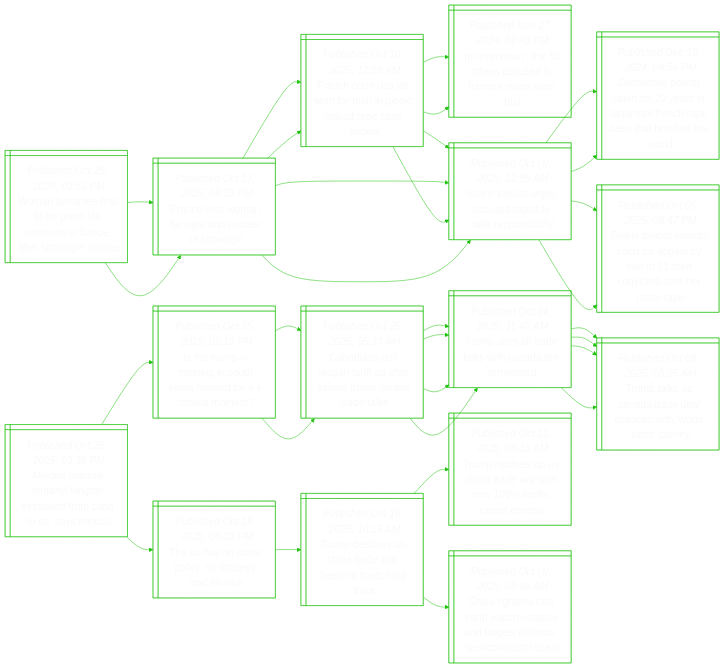
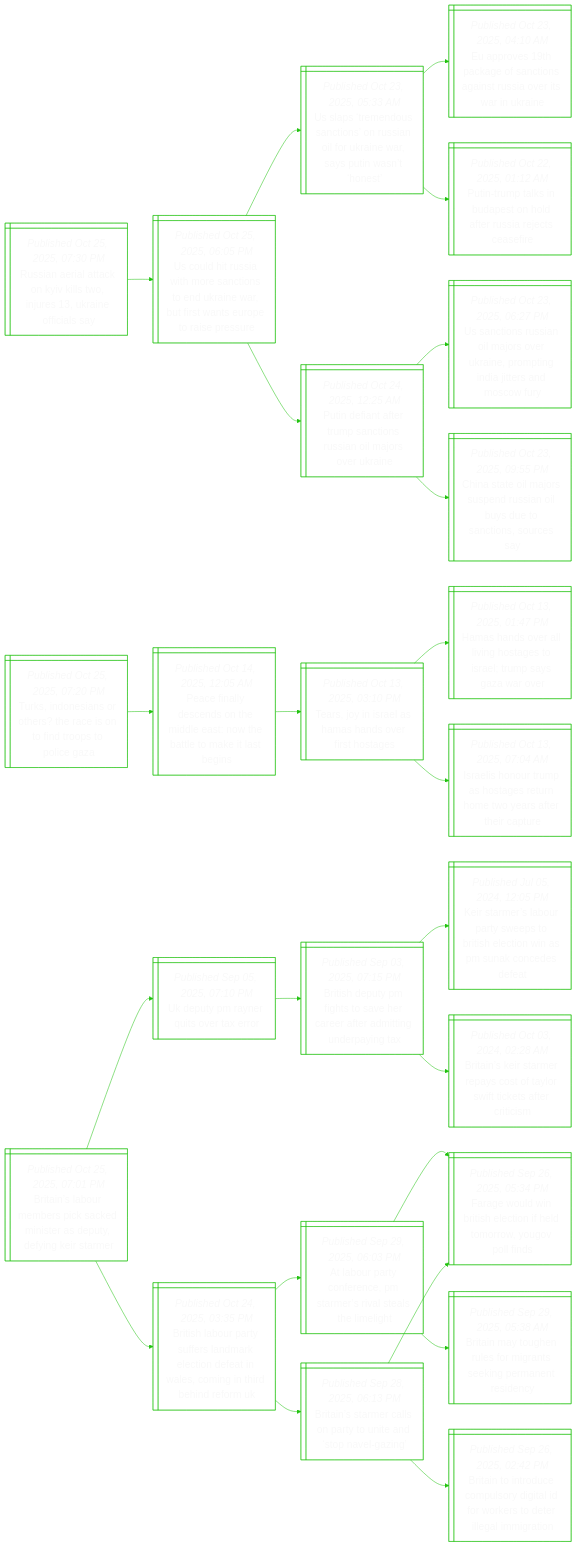
Before and after one commit to notJmes/notJmes: the diagram in README.md, drawn with Mermaid. The commit also changed other lines of this file, not shown here.

````diff
--- a/README.md
+++ b/README.md
@@ -16,103 +16,82 @@
 flowchart LR
 classDef txtsize font-size:20px;
 
-WbesensnFerole@{ shape: win-pane, label: "_Published Oct 25, 2025, 03:55 PM_
-Woman becomes first to be given life sentence in france, after schoolgirl murder" }
-Fesnadecg@{ shape: win-pane, label: "_Published Oct 17, 2025, 05:35 PM_
-France tries woman for rape and murder of schoolgirl" }
-FhtarmGecpea@{ shape: win-pane, label: "_Published Oct 10, 2025, 12:18 AM_
-French court ups jail term for man in gisele pelicot rape case appeal" }
-MrThcdamai@{ shape: win-pane, label: "_Published Nov 27, 2024, 01:40 PM_
-‘mr everyman’: the 50 others accused in france’s mass rape trial" }
-Gecgcrtkpby@{ shape: win-pane, label: "_Published Oct 09, 2025, 12:59 AM_
-Gisele pelicot urges accused rapist to ‘take responsibility’" }
-Gecgcrtkpby@{ shape: win-pane, label: "_Published Oct 09, 2025, 12:59 AM_
-Gisele pelicot urges accused rapist to ‘take responsibility’" }
-DieteyidFhchrew@{ shape: win-pane, label: "_Published Dec 19, 2024, 04:56 PM_
-Dominique pelicot jailed for 20 years in landmark french rape case that horrified the world" }
-Gectcfpyfotema@{ shape: win-pane, label: "_Published Oct 06, 2025, 08:47 PM_
-Gisele pelicot attends court for appeal by one of 51 men convicted over her mass rape" }
-Fesnadecg@{ shape: win-pane, label: "_Published Oct 17, 2025, 05:35 PM_
-France tries woman for rape and murder of schoolgirl" }
-FhtarmGecpea@{ shape: win-pane, label: "_Published Oct 10, 2025, 12:18 AM_
-French court ups jail term for man in gisele pelicot rape case appeal" }
-MrThcdamai@{ shape: win-pane, label: "_Published Nov 27, 2024, 01:40 PM_
-‘mr everyman’: the 50 others accused in france’s mass rape trial" }
-Gecgcrtkpby@{ shape: win-pane, label: "_Published Oct 09, 2025, 12:59 AM_
-Gisele pelicot urges accused rapist to ‘take responsibility’" }
-Gecgcrtkpby@{ shape: win-pane, label: "_Published Oct 09, 2025, 12:59 AM_
-Gisele pelicot urges accused rapist to ‘take responsibility’" }
-DieteyidFhchrew@{ shape: win-pane, label: "_Published Dec 19, 2024, 04:56 PM_
-Dominique pelicot jailed for 20 years in landmark french rape case that horrified the world" }
-Gectcfpyfotema@{ shape: win-pane, label: "_Published Oct 06, 2025, 08:47 PM_
-Gisele pelicot attends court for appeal by one of 51 men convicted over her mass rape" }
+RaitnktjUnis@{ shape: win-pane, label: "_Published Oct 25, 2025, 07:30 PM_
+Russian aerial attack on kyiv kills two, injures 13, ukraine officials say" }
+UlRamaoerwttsparr@{ shape: win-pane, label: "_Published Oct 25, 2025, 06:05 PM_
+Us could hit russia with more sanctions to end ukraine war, but first wants europe to raise pressure" }
+UpmucssorirPwht@{ shape: win-pane, label: "_Published Oct 23, 2025, 05:33 AM_
+Us slaps ‘tremendous sanctions’ on russian oil for ukraine war, says putin wasn’t ‘honest’" }
+ErtkftassewUn@{ shape: win-pane, label: "_Published Oct 23, 2025, 04:10 AM_
+Eu approves 19th package of sanctions against russia over its war in ukraine" }
+PTtiaodrieei@{ shape: win-pane, label: "_Published Oct 22, 2025, 01:12 AM_
+Putin-trump talks in budapest on hold after russia rejects ceasefire" }
+Pdnemcsilrri@{ shape: win-pane, label: "_Published Oct 24, 2025, 12:25 AM_
+Putin defiant after trump sanctions russian oil majors over ukraine" }
+Ucsilrrionitncr@{ shape: win-pane, label: "_Published Oct 23, 2025, 06:27 PM_
+Us sanctions russian oil majors over ukraine, prompting india jitters and moscow fury" }
+Csojudildsios@{ shape: win-pane, label: "_Published Oct 23, 2025, 09:55 PM_
+China state oil majors suspend russian oil buys due to sanctions, sources say" }
 
-WbesensnFerole:::txtsize --> Fesnadecg:::txtsize
-Fesnadecg:::txtsize --> FhtarmGecpea:::txtsize
-FhtarmGecpea:::txtsize --> MrThcdamai:::txtsize
-FhtarmGecpea:::txtsize --> Gecgcrtkpby:::txtsize
-Fesnadecg:::txtsize --> Gecgcrtkpby:::txtsize
-Gecgcrtkpby:::txtsize --> DieteyidFhchrew:::txtsize
-Gecgcrtkpby:::txtsize --> Gectcfpyfotema:::txtsize
-WbesensnFerole:::txtsize --> Fesnadecg:::txtsize
-Fesnadecg:::txtsize --> FhtarmGecpea:::txtsize
-FhtarmGecpea:::txtsize --> MrThcdamai:::txtsize
-FhtarmGecpea:::txtsize --> Gecgcrtkpby:::txtsize
-Fesnadecg:::txtsize --> Gecgcrtkpby:::txtsize
-Gecgcrtkpby:::txtsize --> DieteyidFhchrew:::txtsize
-Gecgcrtkpby:::txtsize --> Gectcfpyfotema:::txtsize
+RaitnktjUnis:::txtsize --> UlRamaoerwttsparr:::txtsize
+UlRamaoerwttsparr:::txtsize --> UpmucssorirPwht:::txtsize
+UpmucssorirPwht:::txtsize --> ErtkftassewUn:::txtsize
+UpmucssorirPwht:::txtsize --> PTtiaodrieei:::txtsize
+UlRamaoerwttsparr:::txtsize --> Pdnemcsilrri:::txtsize
+Pdnemcsilrri:::txtsize --> Ucsilrrionitncr:::txtsize
+Pdnemcsilrri:::txtsize --> Csojudildsios:::txtsize
 
-AeneygxirbSMo@{ shape: win-pane, label: "_Published Oct 25, 2025, 03:35 PM_
-Alleged chinese fentanyl kingpin extradited from cuba to us, says mexico" }
-ITXtnhaeame@{ shape: win-pane, label: "_Published Oct 25, 2025, 02:15 PM_
-Is the trump-xi meeting in south korea headed for a k-drama moment?" }
-Ciuaaaeirctt@{ shape: win-pane, label: "_Published Oct 25, 2025, 05:33 AM_
-Canadians pull reagan tariff ad after furious trump scraps trade talks" }
-Tsldkhdtn@{ shape: win-pane, label: "_Published Oct 24, 2025, 11:40 AM_
-Trump says all trade talks with canada are terminated" }
-Tsldkhdtn@{ shape: win-pane, label: "_Published Oct 24, 2025, 11:40 AM_
-Trump says all trade talks with canada are terminated" }
-ThCpyryo@{ shape: win-pane, label: "_Published Oct 19, 2025, 06:25 PM_
-The us has no china policy, no strategy and no clue" }
-TdrCtwsfst@{ shape: win-pane, label: "_Published Oct 16, 2025, 10:15 AM_
-Trump declares us-china trade war, bessent floats long truce" }
-TreUndweixco@{ shape: win-pane, label: "_Published Oct 11, 2025, 05:16 AM_
-Trump ratchets up us-china trade war with new 100% tariffs, export controls" }
-Ctertonsasnmdrs@{ shape: win-pane, label: "_Published Oct 09, 2025, 09:46 AM_
-China tightens rare earth export controls and targets defence, semiconductor users" }
+TIeshhetdpoG@{ shape: win-pane, label: "_Published Oct 25, 2025, 07:20 PM_
+Turks, indonesians or others? the race is on to find troops to police gaza" }
+PflcoMeNelale@{ shape: win-pane, label: "_Published Oct 14, 2025, 12:05 AM_
+Peace finally descends on the middle east: now the battle to make it last begins" }
+TjIlmnest@{ shape: win-pane, label: "_Published Oct 13, 2025, 03:10 PM_
+Tears, joy in israel as hamas hands over first hostages" }
+Hholissrrazo@{ shape: win-pane, label: "_Published Oct 13, 2025, 01:47 PM_
+Hamas hands over all living hostages to israel; trump says gaza war over" }
+Ilnrsaehwreit@{ shape: win-pane, label: "_Published Oct 13, 2025, 07:04 AM_
+Israelis honour trump as hostages return home two years after their capture" }
 
-AeneygxirbSMo:::txtsize --> ITXtnhaeame:::txtsize
-ITXtnhaeame:::txtsize --> Ciuaaaeirctt:::txtsize
-Ciuaaaeirctt:::txtsize --> Tsldkhdtn:::txtsize
-Ciuaaaeirctt:::txtsize --> Tsldkhdtn:::txtsize
-AeneygxirbSMo:::txtsize --> ThCpyryo:::txtsize
-ThCpyryo:::txtsize --> TdrCtwsfst:::txtsize
-TdrCtwsfst:::txtsize --> TreUndweixco:::txtsize
-TdrCtwsfst:::txtsize --> Ctertonsasnmdrs:::txtsize
+TIeshhetdpoG:::txtsize --> PflcoMeNelale:::txtsize
+PflcoMeNelale:::txtsize --> TjIlmnest:::txtsize
+TjIlmnest:::txtsize --> Hholissrrazo:::txtsize
+TjIlmnest:::txtsize --> Ilnrsaehwreit:::txtsize
 
-ITXtnhaeame@{ shape: win-pane, label: "_Published Oct 25, 2025, 02:15 PM_
-Is the trump-xi meeting in south korea headed for a k-drama moment?" }
-Ciuaaaeirctt@{ shape: win-pane, label: "_Published Oct 25, 2025, 05:33 AM_
-Canadians pull reagan tariff ad after furious trump scraps trade talks" }
-Tsldkhdtn@{ shape: win-pane, label: "_Published Oct 24, 2025, 11:40 AM_
-Trump says all trade talks with canada are terminated" }
-Ttuaaanirar@{ shape: win-pane, label: "_Published Oct 08, 2025, 08:25 AM_
-Trump talks up canada trade deal chances with ‘world-class’ carney" }
-Ttuaaanirar@{ shape: win-pane, label: "_Published Oct 08, 2025, 08:25 AM_
-Trump talks up canada trade deal chances with ‘world-class’ carney" }
-Tsldkhdtn@{ shape: win-pane, label: "_Published Oct 24, 2025, 11:40 AM_
-Trump says all trade talks with canada are terminated" }
-Ttuaaanirar@{ shape: win-pane, label: "_Published Oct 08, 2025, 08:25 AM_
-Trump talks up canada trade deal chances with ‘world-class’ carney" }
-Ttuaaanirar@{ shape: win-pane, label: "_Published Oct 08, 2025, 08:25 AM_
-Trump talks up canada trade deal chances with ‘world-class’ carney" }
+Bibessdsstyea@{ shape: win-pane, label: "_Published Oct 25, 2025, 07:01 PM_
+Britain’s labour members pick sacked minister as deputy, defying keir starmer" }
+UuRrstr@{ shape: win-pane, label: "_Published Sep 05, 2025, 07:10 PM_
+Uk deputy pm rayner quits over tax error" }
+Bsufsvcrrtupg@{ shape: win-pane, label: "_Published Sep 03, 2025, 07:15 PM_
+British deputy pm fights to save her career after admitting underpaying tax" }
+Ktroreoiensnnsa@{ shape: win-pane, label: "_Published Jul 05, 2024, 12:05 PM_
+Keir starmer’s labour party sweeps to british election win as pm sunak concedes defeat" }
+Biirecfofkfri@{ shape: win-pane, label: "_Published Oct 03, 2024, 02:28 AM_
+Britain’s keir starmer repays cost of taylor swift tickets after criticism" }
+BsorflaenaaoirifK@{ shape: win-pane, label: "_Published Oct 24, 2025, 03:35 PM_
+British labour party suffers landmark election defeat in wales, coming in third behind reform uk" }
+AornnSevehet@{ shape: win-pane, label: "_Published Sep 29, 2025, 06:03 PM_
+At labour party conference, pm starmer’s rival steals the limelight" }
+Fedrhtftruon@{ shape: win-pane, label: "_Published Sep 26, 2025, 05:34 PM_
+Farage would win british election if held tomorrow, yougov poll finds" }
+Biteemnepnen@{ shape: win-pane, label: "_Published Sep 29, 2025, 05:38 AM_
+Britain may toughen rules for migrants seeking permanent residency" }
+Biacotnnpln@{ shape: win-pane, label: "_Published Sep 28, 2025, 06:13 PM_
+Britain’s starmer calls on party to unite and ‘stop navel-gazing’" }
+BinumogIwrellgo@{ shape: win-pane, label: "_Published Sep 26, 2025, 02:42 PM_
+Britain to introduce compulsory digital id for workers to deter illegal immigration" }
+Fedrhtftruon@{ shape: win-pane, label: "_Published Sep 26, 2025, 05:34 PM_
+Farage would win british election if held tomorrow, yougov poll finds" }
 
-ITXtnhaeame:::txtsize --> Ciuaaaeirctt:::txtsize
-Ciuaaaeirctt:::txtsize --> Tsldkhdtn:::txtsize
-Tsldkhdtn:::txtsize --> Ttuaaanirar:::txtsize
-Tsldkhdtn:::txtsize --> Ttuaaanirar:::txtsize
-Ciuaaaeirctt:::txtsize --> Tsldkhdtn:::txtsize
-Tsldkhdtn:::txtsize --> Ttuaaanirar:::txtsize
-Tsldkhdtn:::txtsize --> Ttuaaanirar:::txtsize
+Bibessdsstyea:::txtsize --> UuRrstr:::txtsize
+UuRrstr:::txtsize --> Bsufsvcrrtupg:::txtsize
+Bsufsvcrrtupg:::txtsize --> Ktroreoiensnnsa:::txtsize
+Bsufsvcrrtupg:::txtsize --> Biirecfofkfri:::txtsize
+Bibessdsstyea:::txtsize --> BsorflaenaaoirifK:::txtsize
+BsorflaenaaoirifK:::txtsize --> AornnSevehet:::txtsize
+AornnSevehet:::txtsize --> Fedrhtftruon:::txtsize
+AornnSevehet:::txtsize --> Biteemnepnen:::txtsize
+BsorflaenaaoirifK:::txtsize --> Biacotnnpln:::txtsize
+Biacotnnpln:::txtsize --> BinumogIwrellgo:::txtsize
+Biacotnnpln:::txtsize --> Fedrhtftruon:::txtsize
 
 ```
````
